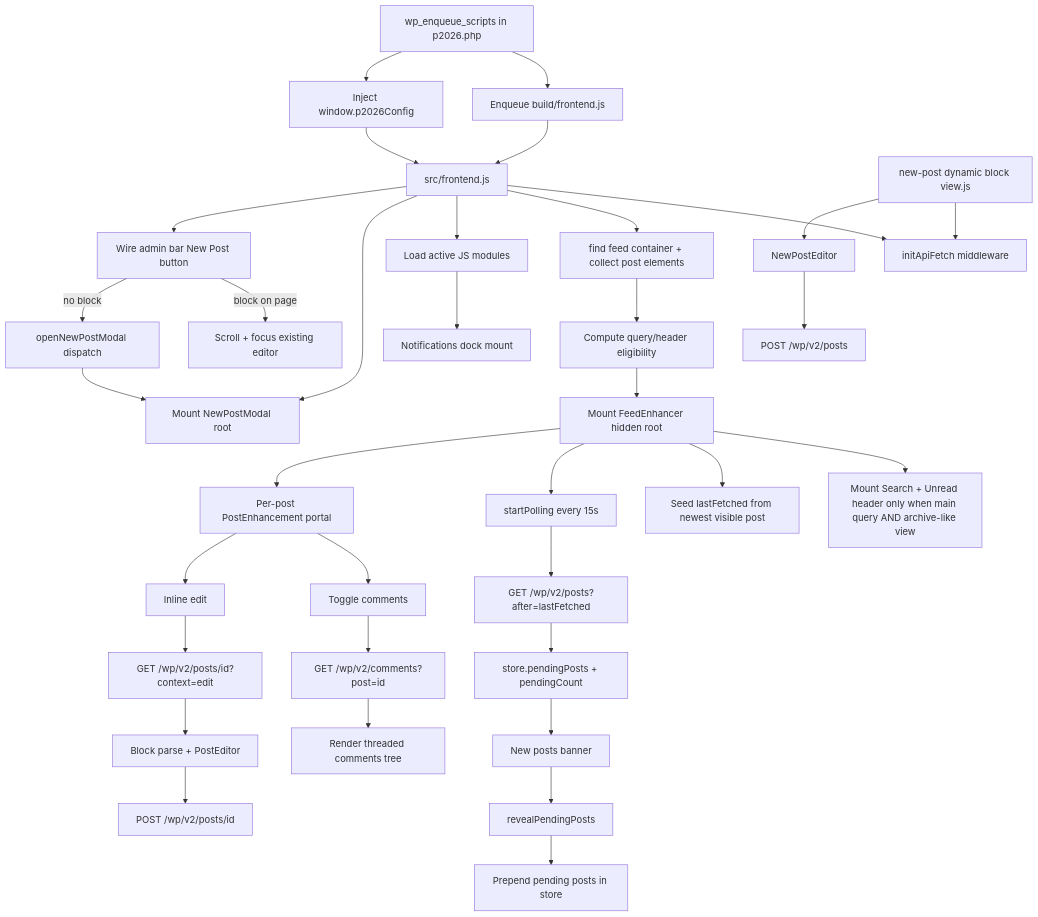
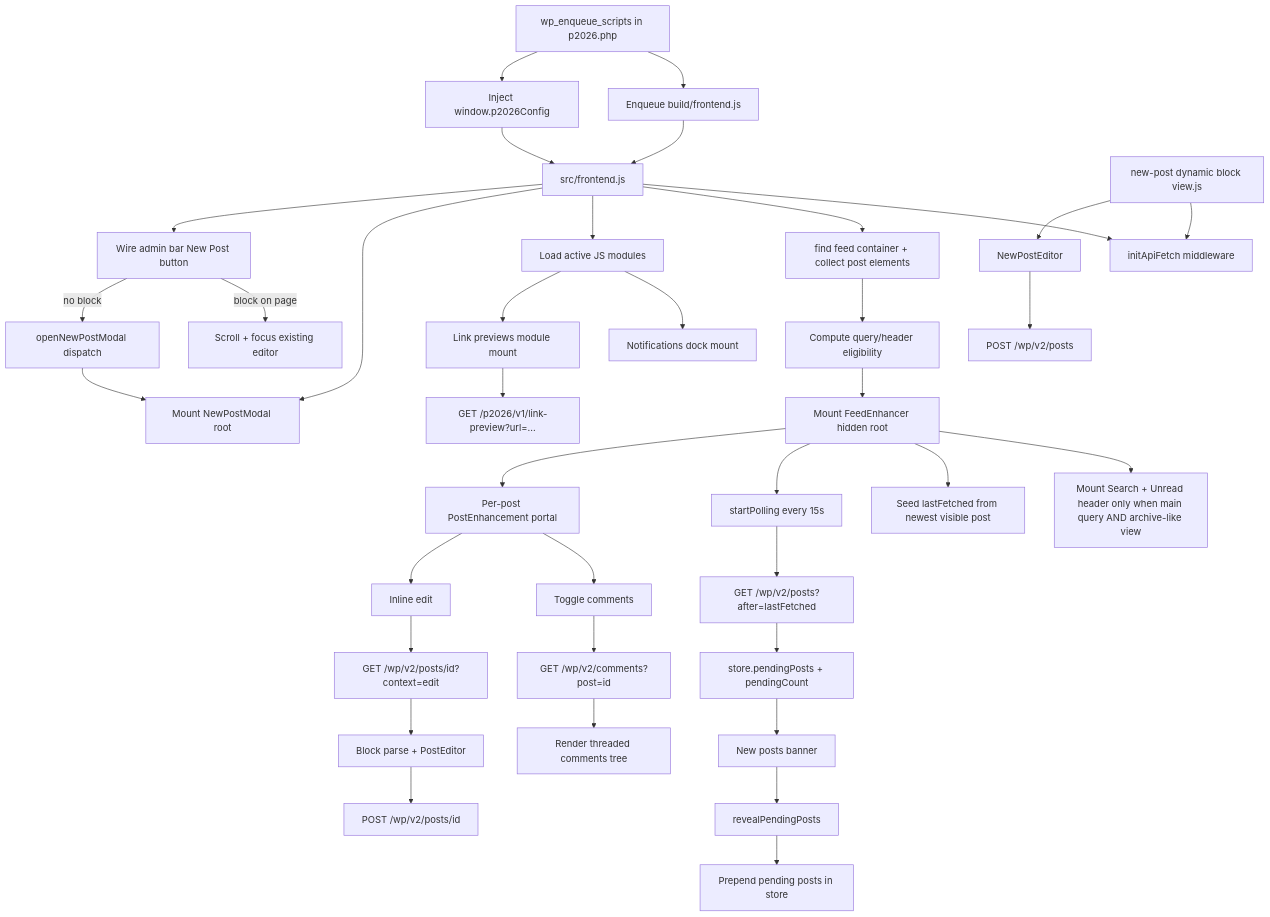
One commit to georgestephanis/p2-next changed the diagram in ARCHITECTURE.md. Above: the diagram before and after it, drawn with Mermaid. The commit also changed other lines of this file and 3 other files, not shown here.

First line of the commit message:
Add link-previews module docs and references

````diff
--- a/ARCHITECTURE.md
+++ b/ARCHITECTURE.md
@@ -15,44 +15,46 @@
 ```mermaid
 flowchart TD
     A[wp_enqueue_scripts in p2026.php] --> B[Enqueue build/frontend.js]
     A --> C[Inject window.p2026Config]
 
     B --> D[src/frontend.js]
     C --> D
 
     D --> E[initApiFetch middleware]
     D --> F[find feed container + collect post elements]
     D --> AF[Load active JS modules]
     AF --> AG[Notifications dock mount]
+    AF --> AL[Link previews module mount]
+    AL --> AM[GET /p2026/v1/link-preview?url=...]
     D --> AB[Mount NewPostModal root]
     D --> AC[Wire admin bar New Post button]
     AC -->|block on page| AD[Scroll + focus existing editor]
     AC -->|no block| AE[openNewPostModal dispatch]
     AE --> AB
     F --> AH[Compute query/header eligibility]
     AH --> G[Mount FeedEnhancer hidden root]
 
     G --> AI[Mount Search + Unread header only when main query AND archive-like view]
     G --> H[Seed lastFetched from newest visible post]
     G --> I[startPolling every 15s]
 
     I --> J[GET /wp/v2/posts?after=lastFetched]
     J --> K[store.pendingPosts + pendingCount]
     K --> L[New posts banner]
     L --> M[revealPendingPosts]
     M --> N[Prepend pending posts in store]
 
     G --> O[Per-post PostEnhancement portal]
     O --> P[Toggle comments]
     P --> Q[GET /wp/v2/comments?post=id]
     Q --> R[Render threaded comments tree]
 
     O --> S[Inline edit]
     S --> T[GET /wp/v2/posts/id?context=edit]
     T --> U[Block parse + PostEditor]
     U --> V[POST /wp/v2/posts/id]
 
     W[new-post dynamic block view.js] --> E
     W --> X[NewPostEditor]
     X --> Y[POST /wp/v2/posts]
 ```
````
